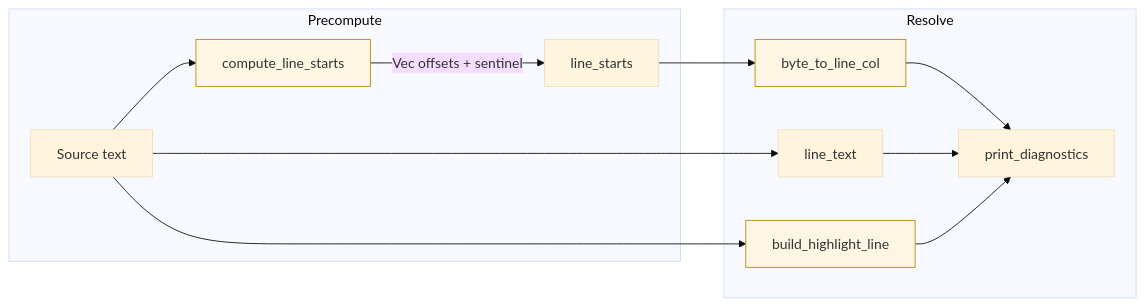
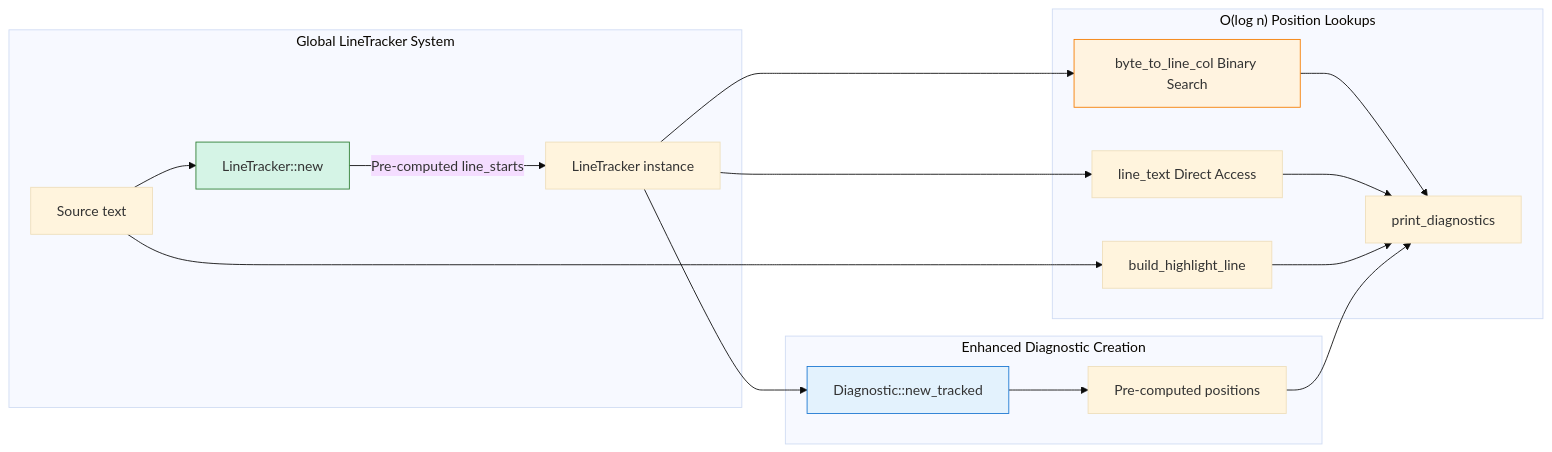
One commit to RuztyCrabs/Blazelint changed the seventh of 7 diagrams in docs/pipeline_overview.md. Above: the diagram before and after it, drawn with Mermaid (base theme). The commit also changed other lines of this file and 13 other files, not shown here.

First line of the commit message:
feat(linter-core): implement global line tracking

````diff
--- a/docs/pipeline_overview.md
+++ b/docs/pipeline_overview.md
@@ -249,20 +479,26 @@
 ```mermaid
 flowchart LR
-        subgraph Precompute
-            A[Source text] --> B[compute_line_starts]
-            B -->|Vec offsets + sentinel| C[line_starts]
+        subgraph "Global LineTracker System"
+            A[Source text] --> B[LineTracker::new]
+            B -->|Pre-computed line_starts| C[LineTracker instance]
         end
 
-        subgraph Resolve
-            C --> D[byte_to_line_col]
-            A --> E[line_text]
+        subgraph "O(log n) Position Lookups"
+            C --> D[byte_to_line_col Binary Search]
+            C --> E[line_text Direct Access]
             A --> F[build_highlight_line]
             D --> G[print_diagnostics]
             E --> G
             F --> G
         end
 
-        style B fill:#fdf6e3,stroke:#b58900
-        style D fill:#fdf6e3,stroke:#b58900
-        style F fill:#fdf6e3,stroke:#b58900
+        subgraph "Enhanced Diagnostic Creation"
+            C --> H[Diagnostic::new_tracked]
+            H --> I[Pre-computed positions]
+            I --> G
+        end
+
+        style B fill:#d5f4e6,stroke:#2d7d32
+        style D fill:#fff3e0,stroke:#f57c00
+        style H fill:#e3f2fd,stroke:#1976d2
 ```
````
